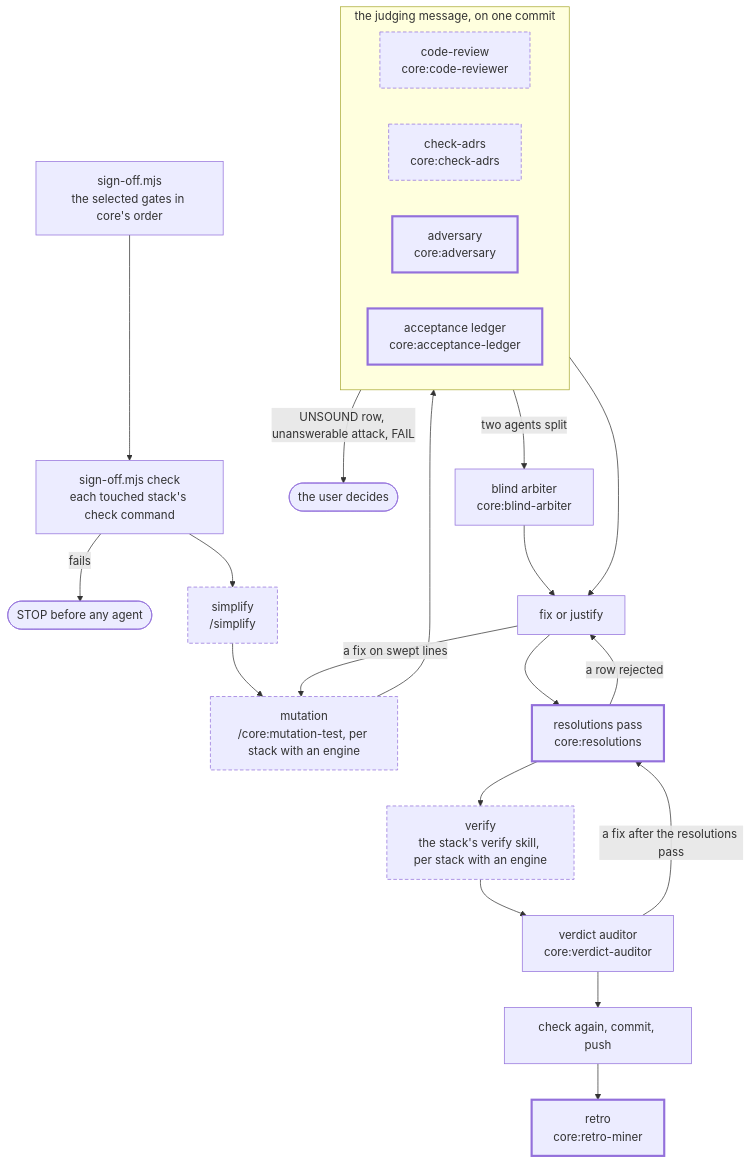
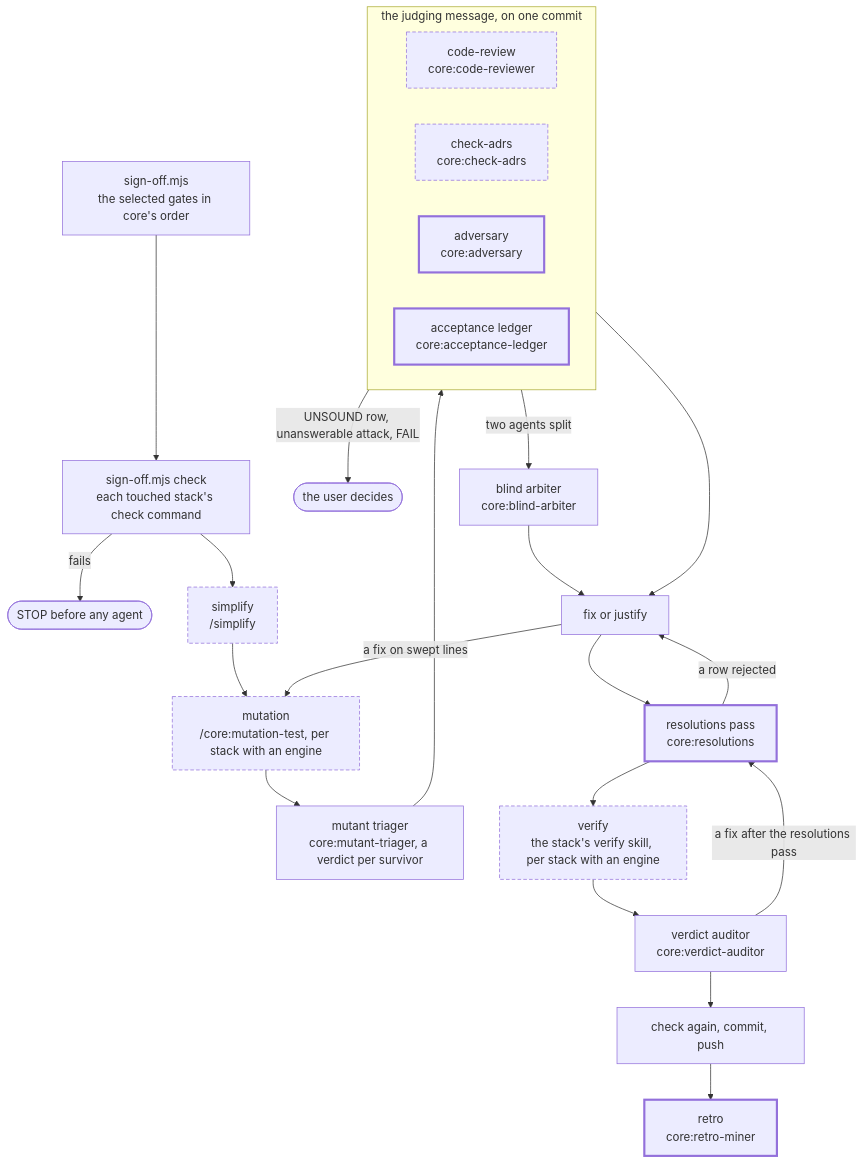
One commit to skrymer/skrymer-ai changed the diagram in README.md. Above: the diagram before and after it, drawn with Mermaid. The commit also changed other lines of this file and 8 other files, not shown here.

Commit message:
Give each surviving mutant its verdict through a fresh mutant triager

````diff
--- a/README.md
+++ b/README.md
@@ -95,28 +95,29 @@
 ```mermaid
 flowchart TD
   plan["sign-off.mjs<br/>the selected gates in core's order"] --> check["sign-off.mjs check<br/>each touched stack's check command"]
   check -- fails --> stop(["STOP before any agent"])
   check --> simplify["simplify<br/>/simplify"]:::gate
   simplify --> mutation["mutation<br/>/core:mutation-test, per stack with an engine"]:::gate
-  mutation --> judging
+  mutation --> triager["mutant triager<br/>core:mutant-triager, a verdict per survivor"]
+  triager --> judging
   subgraph judging ["the judging message, on one commit"]
     review["code-review<br/>core:code-reviewer"]:::gate
     adrs["check-adrs<br/>core:check-adrs"]:::gate
     adversary["adversary<br/>core:adversary"]:::fixed
     ledger["acceptance ledger<br/>core:acceptance-ledger"]:::fixed
   end
   judging -- "UNSOUND row, unanswerable attack, FAIL" --> user(["the user decides"])
   judging -- "two agents split" --> arbiter["blind arbiter<br/>core:blind-arbiter"]
   judging --> fixes["fix or justify"]
   arbiter --> fixes
   fixes -- "a fix on swept lines" --> mutation
   fixes --> resolutions["resolutions pass<br/>core:resolutions"]:::fixed
   resolutions -- "a row rejected" --> fixes
   resolutions --> verify["verify<br/>the stack's verify skill, per stack with an engine"]:::gate
   verify --> auditor["verdict auditor<br/>core:verdict-auditor"]
   auditor -- "a fix after the resolutions pass" --> resolutions
   auditor --> push["check again, commit, push"]
   push --> retro["retro<br/>core:retro-miner"]:::fixed
   classDef gate stroke-dasharray: 5 3
   classDef fixed stroke-width: 3px
 ```
````
